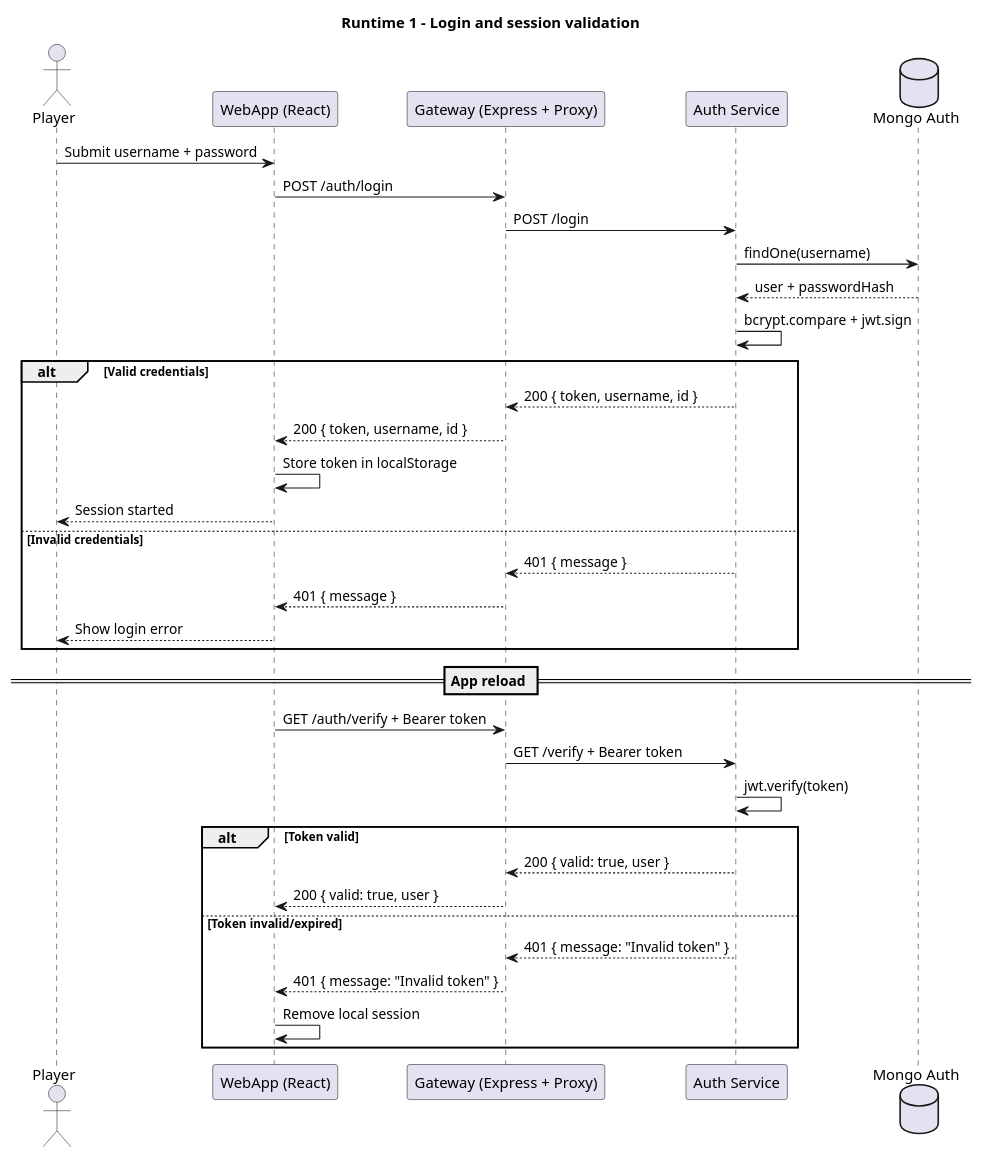
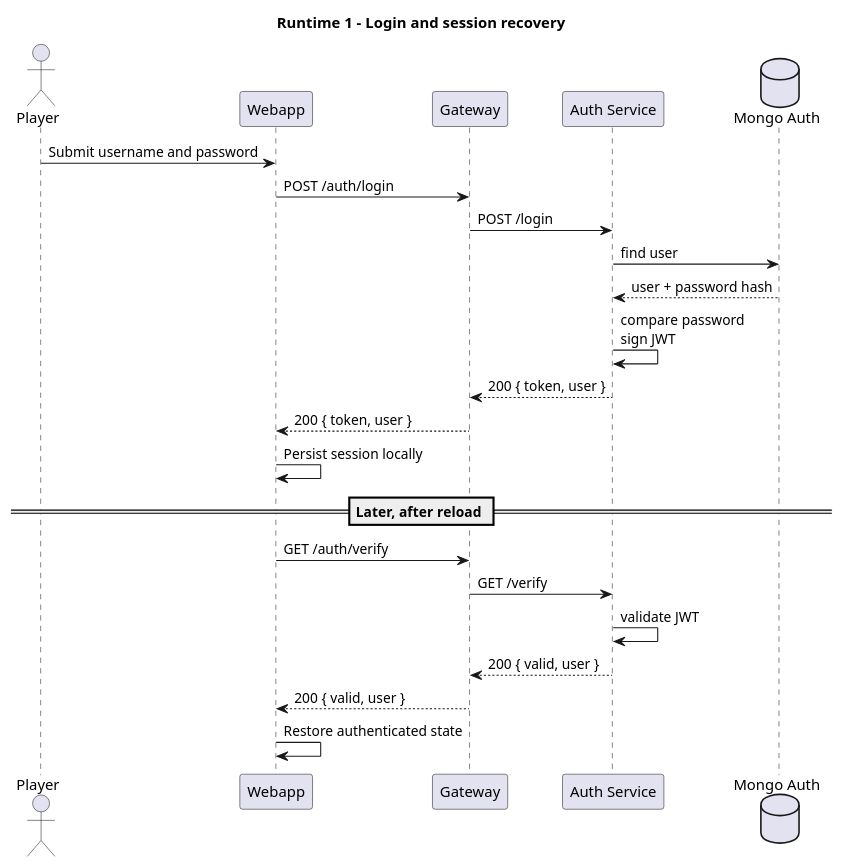
One commit to Arquisoft/yovi_es4b changed the first of 5 diagrams in docs/src/06_runtime_view.adoc. Above: the diagram before and after it, drawn with PlantUML. The commit also changed other lines of this file and 2 other files, not shown here.

```diff
--- a/docs/src/06_runtime_view.adoc
+++ b/docs/src/06_runtime_view.adoc
@@ -71,44 +68,30 @@
-[plantuml,"runtime-auth-login-verify",png]
+[plantuml,"06_runtime_login_recovery",png]
 ----
 @startuml
-title Runtime 1 - Login and session validation
+title Runtime 1 - Login and session recovery
 
 actor Player
-participant "WebApp (React)" as WebApp
-participant "Gateway (Express + Proxy)" as Gateway
+participant "Webapp" as Webapp
+participant "Gateway" as Gateway
 participant "Auth Service" as Auth
 database "Mongo Auth" as MongoAuth
 
-Player -> WebApp: Submit username + password
-WebApp -> Gateway: POST /auth/login
+Player -> Webapp: Submit username and password
+Webapp -> Gateway: POST /auth/login
 Gateway -> Auth: POST /login
-Auth -> MongoAuth: findOne(username)
-MongoAuth --> Auth: user + passwordHash
-Auth -> Auth: bcrypt.compare + jwt.sign
+Auth -> MongoAuth: find user
+MongoAuth --> Auth: user + password hash
+Auth -> Auth: compare password\nsign JWT
+Auth --> Gateway: 200 { token, user }
+Gateway --> Webapp: 200 { token, user }
+Webapp -> Webapp: Persist session locally
 
-alt Valid credentials
-  Auth --> Gateway: 200 { token, username, id }
-  Gateway --> WebApp: 200 { token, username, id }
-  WebApp -> WebApp: Store token in localStorage
-  WebApp --> Player: Session started
-else Invalid credentials
-  Auth --> Gateway: 401 { message }
-  Gateway --> WebApp: 401 { message }
-  WebApp --> Player: Show login error
-end
-
-== App reload ==
-WebApp -> Gateway: GET /auth/verify + Bearer token
-Gateway -> Auth: GET /verify + Bearer token
-Auth -> Auth: jwt.verify(token)
-
-alt Token valid
-  Auth --> Gateway: 200 { valid: true, user }
-  Gateway --> WebApp: 200 { valid: true, user }
-else Token invalid/expired
-  Auth --> Gateway: 401 { message: "Invalid token" }
-  Gateway --> WebApp: 401 { message: "Invalid token" }
-  WebApp -> WebApp: Remove local session
-end
+== Later, after reload ==
+Webapp -> Gateway: GET /auth/verify
+Gateway -> Auth: GET /verify
+Auth -> Auth: validate JWT
+Auth --> Gateway: 200 { valid, user }
+Gateway --> Webapp: 200 { valid, user }
+Webapp -> Webapp: Restore authenticated state
 @enduml
 ----
```
